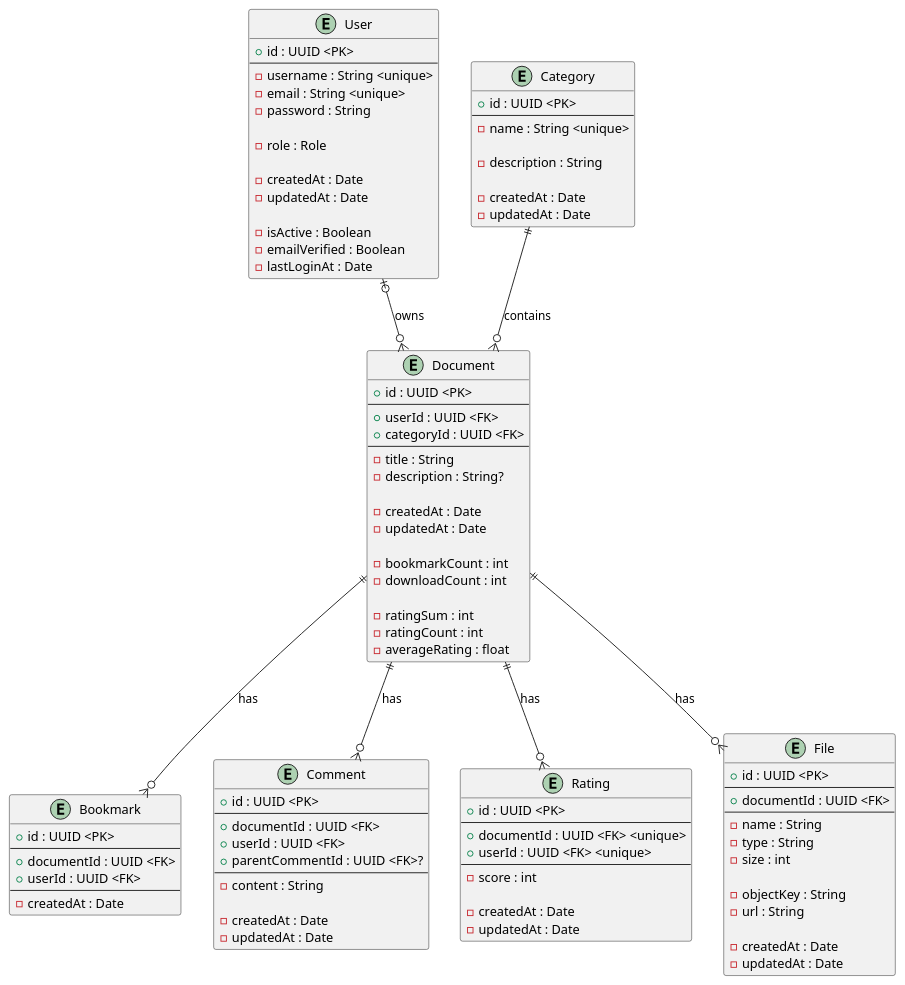
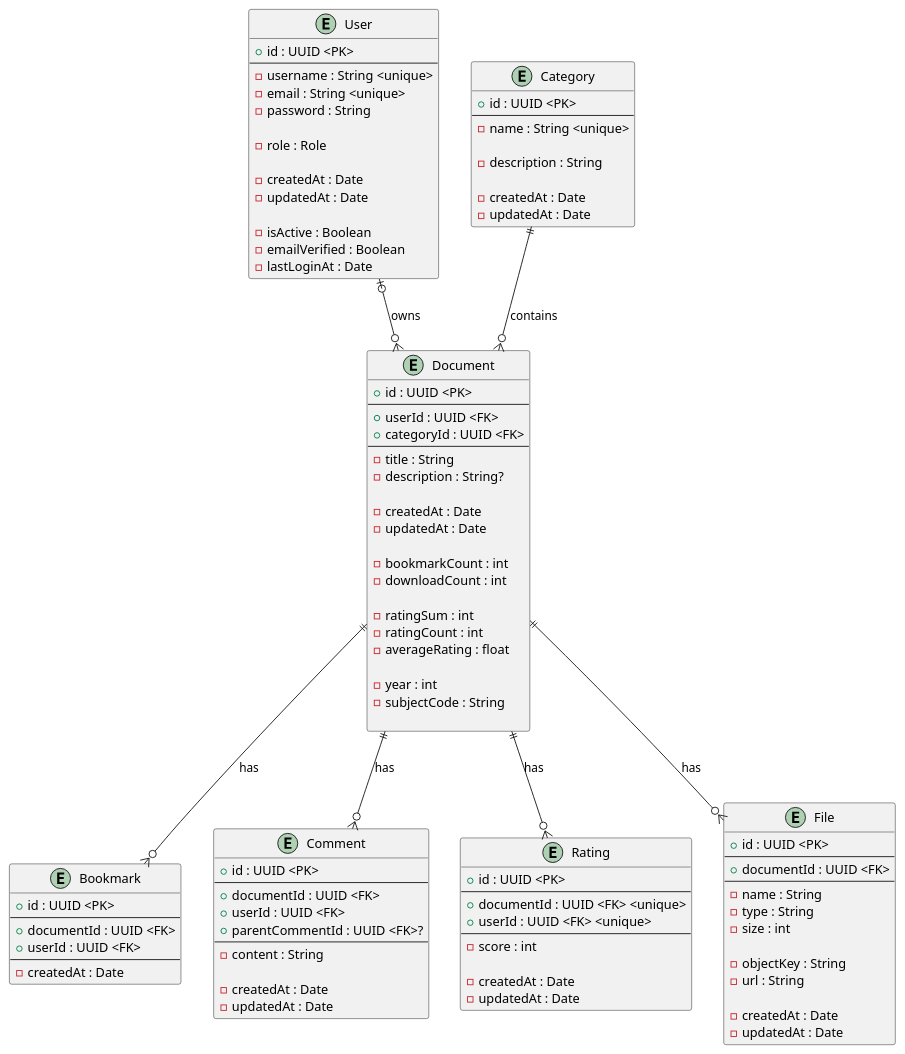
Before and after one commit to huycitEIU/eiu-archive-dev: the diagram in docs/diagrams/class/document-class-diagram.wsd, drawn with PlantUML. The commit also changed 12 other files, not shown here.

```diff
--- a/docs/diagrams/class/document-class-diagram.wsd
+++ b/docs/diagrams/class/document-class-diagram.wsd
@@ -1,109 +1,113 @@
 @startuml Document Class Diagram
 
 entity Document {
     + id : UUID <PK>
     --
     + userId : UUID <FK>
     + categoryId : UUID <FK>
     --
     - title : String
     - description : String?
 
     - createdAt : Date
     - updatedAt : Date
 
     - bookmarkCount : int
     - downloadCount : int
 
     - ratingSum : int
     - ratingCount : int
     - averageRating : float
+
+    - year : int
+    - subjectCode : String
+    
 }
 
 entity User {
     + id : UUID <PK>
     --
     - username : String <unique> 
     - email : String <unique>
     - password : String
 
     - role : Role
     
     - createdAt : Date
     - updatedAt : Date
 
     - isActive : Boolean
     - emailVerified : Boolean
     - lastLoginAt : Date
 }
 
 entity Bookmark {
     + id : UUID <PK>
     --
     + documentId : UUID <FK>
     + userId : UUID <FK>
     --
     - createdAt : Date
 }
 
 entity Comment {
     + id : UUID <PK>
     --
     + documentId : UUID <FK>
     + userId : UUID <FK>
     ' Self-referencing relationship for threaded comments
     + parentCommentId : UUID <FK>?
     --
     - content : String
 
     - createdAt : Date
     - updatedAt : Date
 }
 
 entity Rating {
     + id : UUID <PK>
     --
     + documentId : UUID <FK> <unique>
     + userId : UUID <FK> <unique>
     --
     - score : int
 
     - createdAt : Date
     - updatedAt : Date
 }
 
 entity Category {
     + id : UUID <PK>
     --
     - name : String <unique>
 
     - description : String
 
     - createdAt : Date
     - updatedAt : Date
 }
 
 entity File {
     + id : UUID <PK>
     --
     + documentId : UUID <FK>
     --
     - name : String
     - type : String
     - size : int
 
     - objectKey : String
     - url : String
 
     - createdAt : Date
     - updatedAt : Date
 }
 
 User |o--o{ Document : "owns"
 Category ||--o{ Document : "contains"
 Document ||--o{ Bookmark : "has"
 Document ||--o{ Comment : "has"
 Document ||--o{ Rating : "has"
 Document ||--o{ File : "has"
 
 @enduml
```
